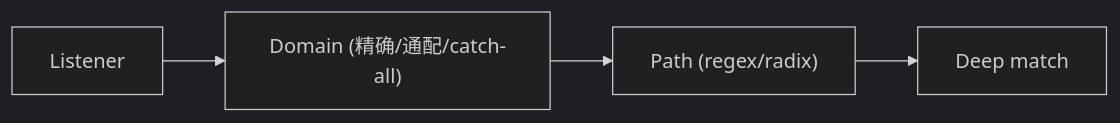
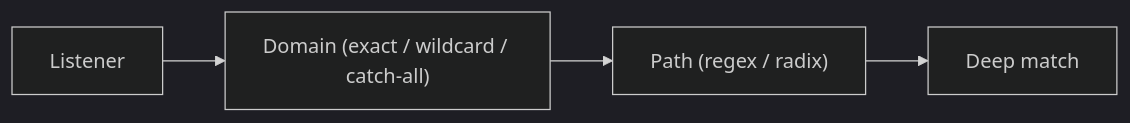
The first of 2 diagrams in skills/01-architecture/02-gateway/03-routes/SKILL.md (Pandaala/Edgion), drawn with Mermaid (dark theme) before and after one commit. The commit also changed other lines of this file and 1373 other files, not shown here.

````diff
--- a/skills/01-architecture/02-gateway/03-routes/SKILL.md
+++ b/skills/01-architecture/02-gateway/03-routes/SKILL.md
@@ -12,6 +22,6 @@
 ```mermaid
 flowchart LR
-    A["Listener"] --> B["Domain (精确/通配/catch-all)"]
-    B --> C["Path (regex/radix)"]
+    A["Listener"] --> B["Domain (exact / wildcard / catch-all)"]
+    B --> C["Path (regex / radix)"]
     C --> D["Deep match"]
 ```
````
